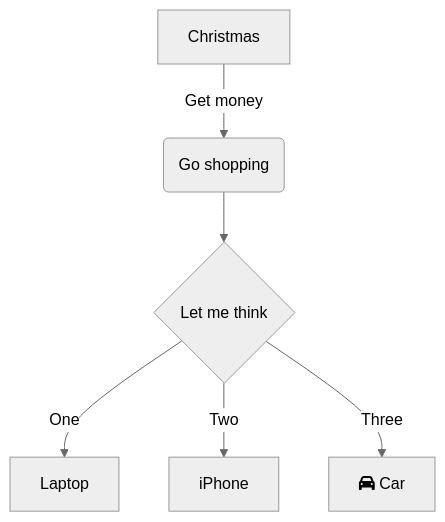
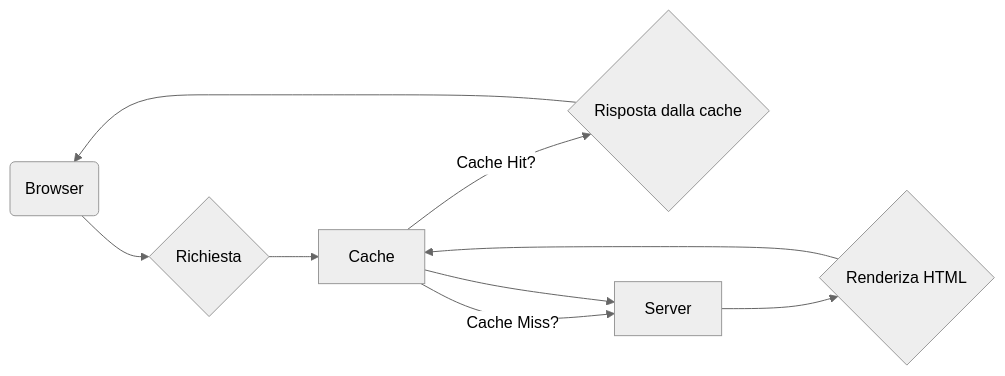
One commit to iacobucci/tesi-triennale changed the second of 3 diagrams in 2-descrizione_delle_tecnologie.md. Above: the diagram before and after it, drawn with Mermaid. The commit also changed other lines of this file and 2 other files, not shown here.

````diff
--- a/2-descrizione_delle_tecnologie.md
+++ b/2-descrizione_delle_tecnologie.md
@@ -40,9 +39,12 @@
 ```mermaid {height=4cm}
 %%{init: {'theme': 'neutral', 'mirrorActors': false} }%%
-flowchart TD
-    A[Christmas] -->|Get money| B(Go shopping)
-    B --> C{Let me think}
-    C -->|One| D[Laptop]
-    C -->|Two| E[iPhone]
-    C -->|Three| F[fa:fa-car Car]
+flowchart LR
+    A(Browser) --> B{Richiesta}
+    B --> C[Cache]
+    C -->|Cache Hit?|D{Risposta dalla cache}
+    D --> A
+    C -->|Cache Miss?|E[Server]
+    E --> F{Renderiza HTML}
+    F --> C
+    C --> E
 ```  
````
